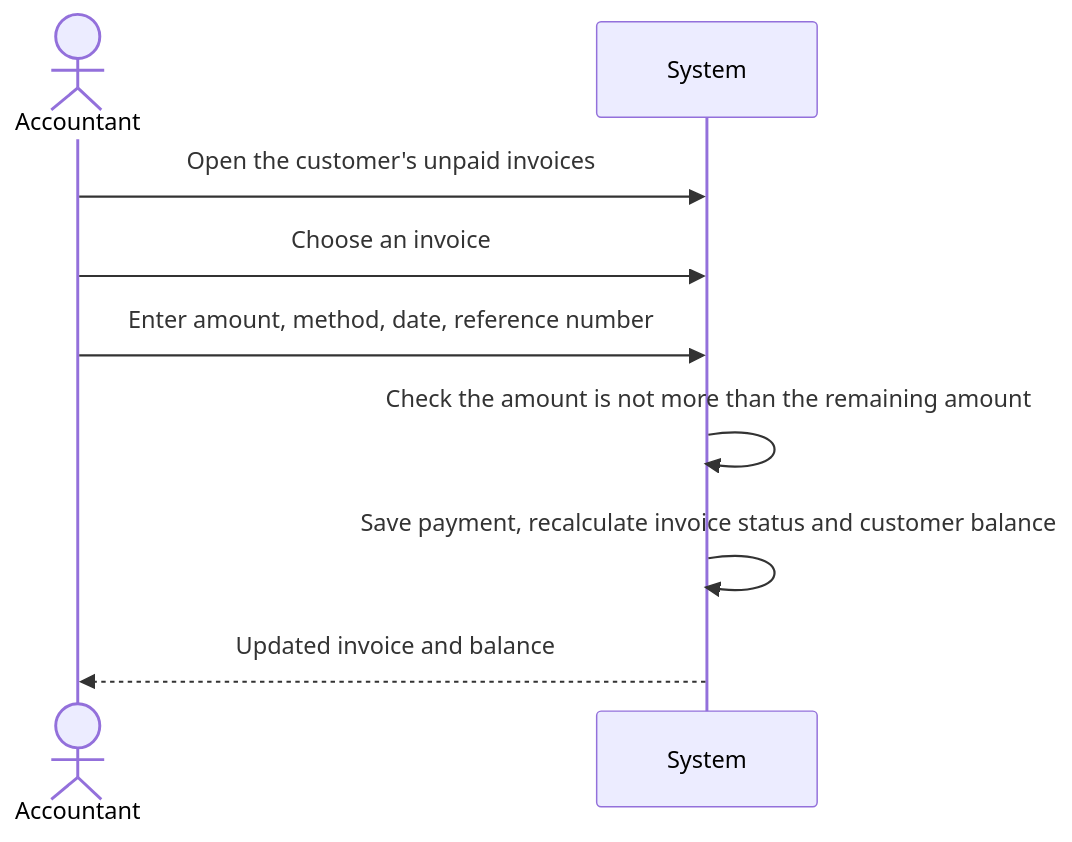
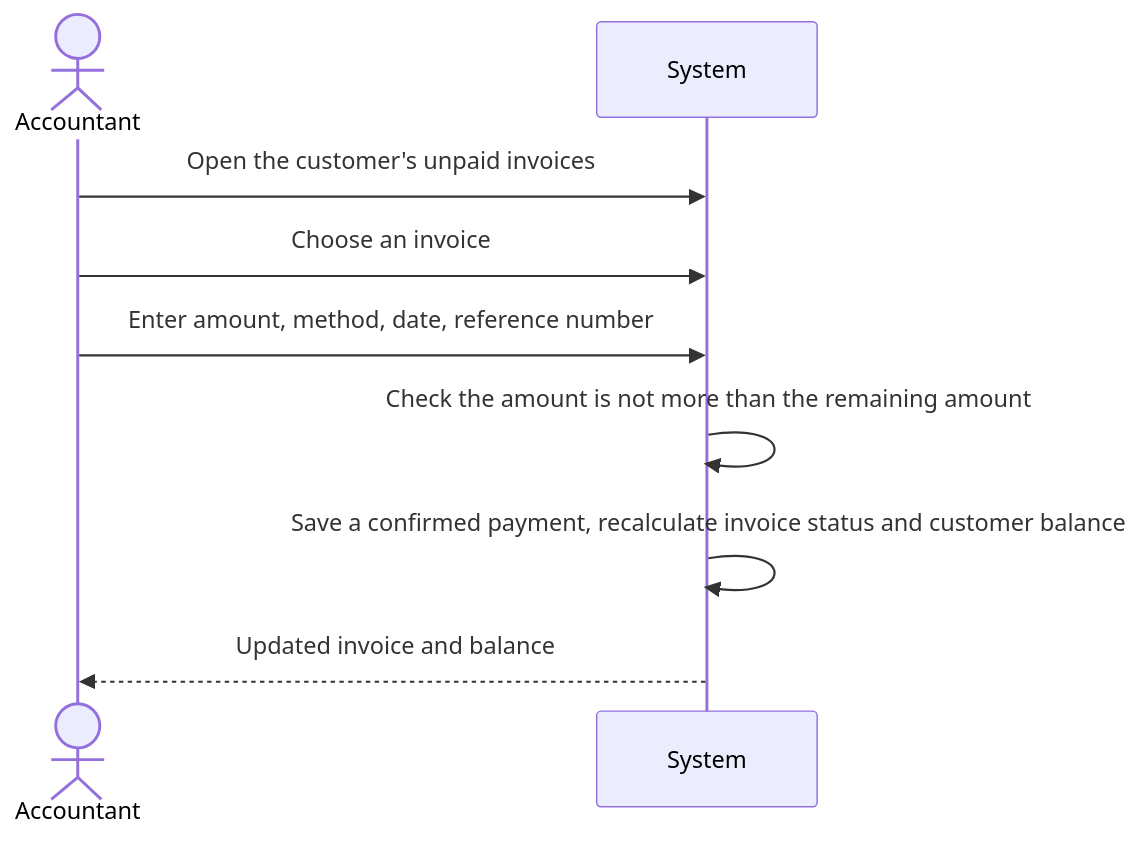
Before and after one commit to AhmedElnagarUU/Cosmo: the sixth of 7 diagrams in docs/workflows/05-invoices-and-payments.md, drawn with Mermaid. The commit also changed other lines of this file and 33 other files, not shown here.

````diff
--- a/docs/workflows/05-invoices-and-payments.md
+++ b/docs/workflows/05-invoices-and-payments.md
@@ -39,12 +110,12 @@
 ```mermaid
 sequenceDiagram
     actor A as Accountant
     participant S as System
 
     A->>S: Open the customer's unpaid invoices
     A->>S: Choose an invoice
     A->>S: Enter amount, method, date, reference number
     S->>S: Check the amount is not more than the remaining amount
-    S->>S: Save payment, recalculate invoice status and customer balance
+    S->>S: Save a confirmed payment, recalculate invoice status and customer balance
     S-->>A: Updated invoice and balance
 ```
````
